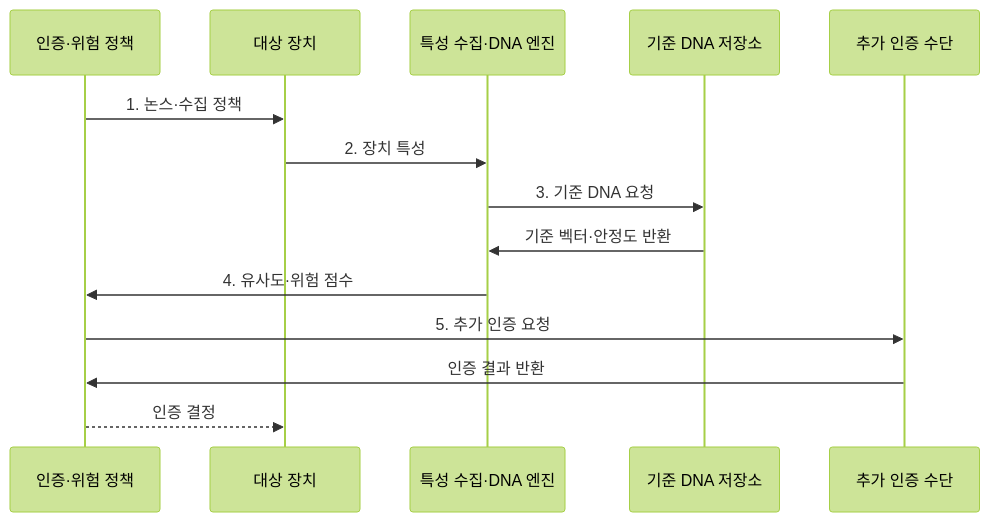
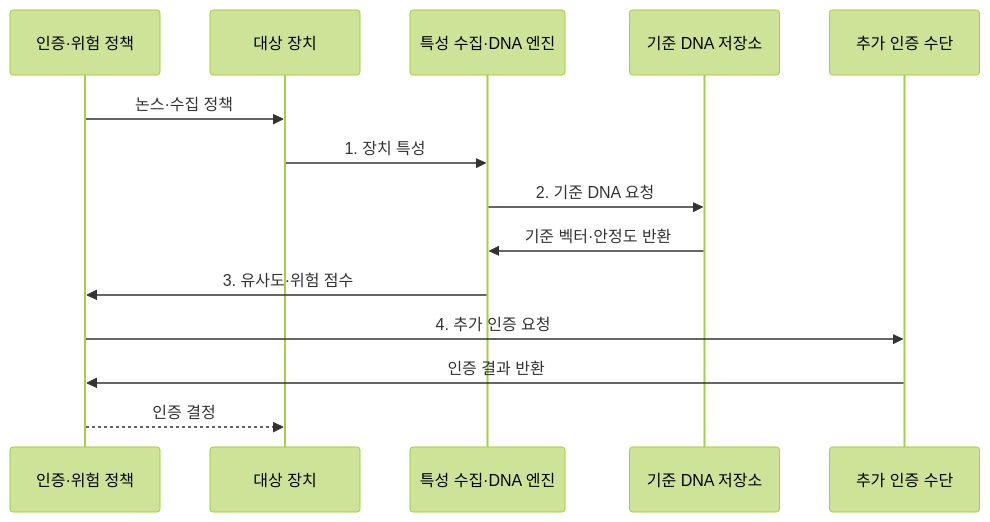
Before and after one commit to agnusdei1207/knowledge-base: the second of 2 diagrams in src/content/docs/notes/02-hardware/071_device_dna.md, drawn with Mermaid (forest theme). The commit also changed other lines of this file and 17 other files, not shown here.

````diff
--- a/src/content/docs/notes/02-hardware/071_device_dna.md
+++ b/src/content/docs/notes/02-hardware/071_device_dna.md
@@ -89,17 +89,17 @@
 ```mermaid
 sequenceDiagram
     participant A as 인증·위험 정책
     participant D as 대상 장치
     participant G as 특성 수집·DNA 엔진
     participant R as 기준 DNA 저장소
     participant M as 추가 인증 수단
 
-    A->>D: 1. 논스·수집 정책
-    D->>G: 2. 장치 특성
-    G->>R: 3. 기준 DNA 요청
+    A->>D: 논스·수집 정책
+    D->>G: 1. 장치 특성
+    G->>R: 2. 기준 DNA 요청
     R->>G: 기준 벡터·안정도 반환
-    G->>A: 4. 유사도·위험 점수
-    A->>M: 5. 추가 인증 요청
+    G->>A: 3. 유사도·위험 점수
+    A->>M: 4. 추가 인증 요청
     M->>A: 인증 결과 반환
     A-->>D: 인증 결정
 ```
````
